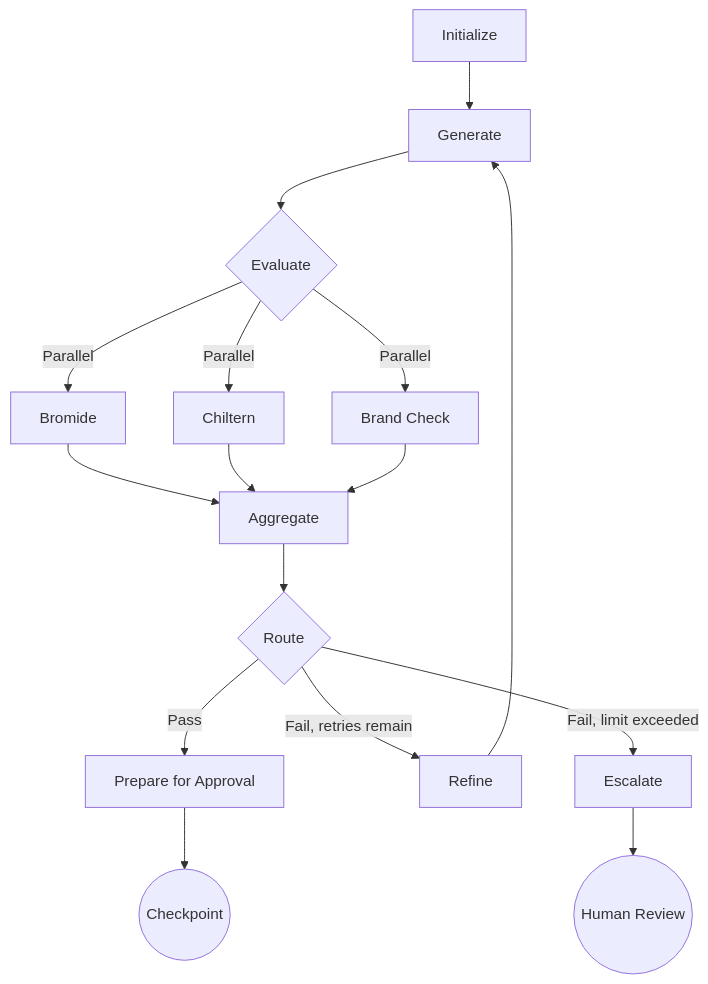
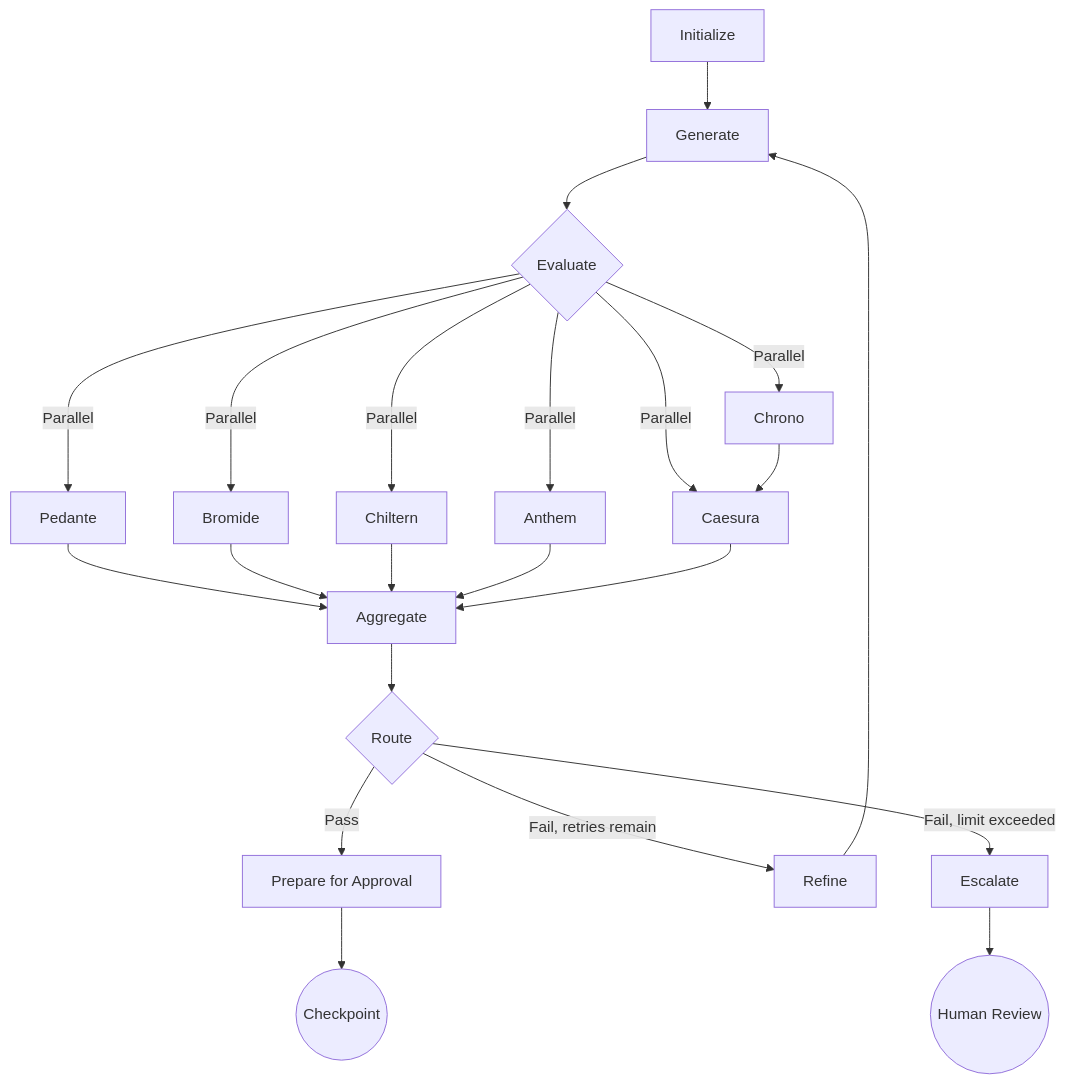
Before and after one commit to leynos/episodic: the second of 13 diagrams in docs/episodic-podcast-generation-system-design.md, drawn with Mermaid. The commit also changed other lines of this file and 1 other file, not shown here.

First line of the commit message:
feat(quality-assurance): add Pedante, Anthem, Caesura, Chrono evaluators and enrich QA evaluation

````diff
--- a/docs/episodic-podcast-generation-system-design.md
+++ b/docs/episodic-podcast-generation-system-design.md
@@ -414,18 +425,24 @@
 ```mermaid
 flowchart TD
     A[Initialize] --> B[Generate]
     B --> C{Evaluate}
-    C -->|Parallel| D1[Bromide]
-    C -->|Parallel| D2[Chiltern]
-    C -->|Parallel| D3[Brand Check]
+    C -->|Parallel| D1[Pedante]
+    C -->|Parallel| D2[Bromide]
+    C -->|Parallel| D3[Chiltern]
+    C -->|Parallel| D4[Anthem]
+    C -->|Parallel| D5[Caesura]
+    C -->|Parallel| D6[Chrono]
+    D6 --> D5
     D1 --> E[Aggregate]
     D2 --> E
     D3 --> E
+    D4 --> E
+    D5 --> E
     E --> F{Route}
     F -->|Pass| G[Prepare for Approval]
     F -->|Fail, retries remain| H[Refine]
     F -->|Fail, limit exceeded| I[Escalate]
     H --> B
     G --> J((Checkpoint))
     I --> K((Human Review))
 ```
````
